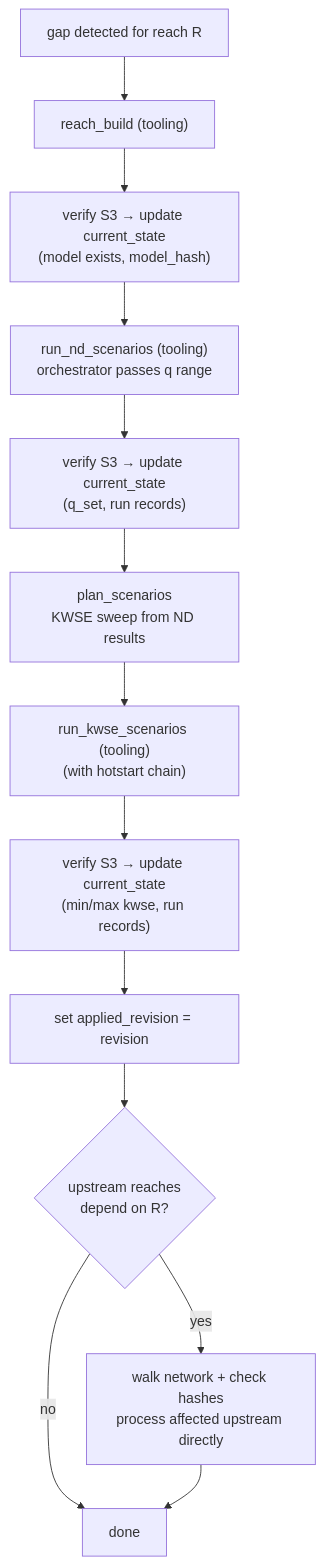
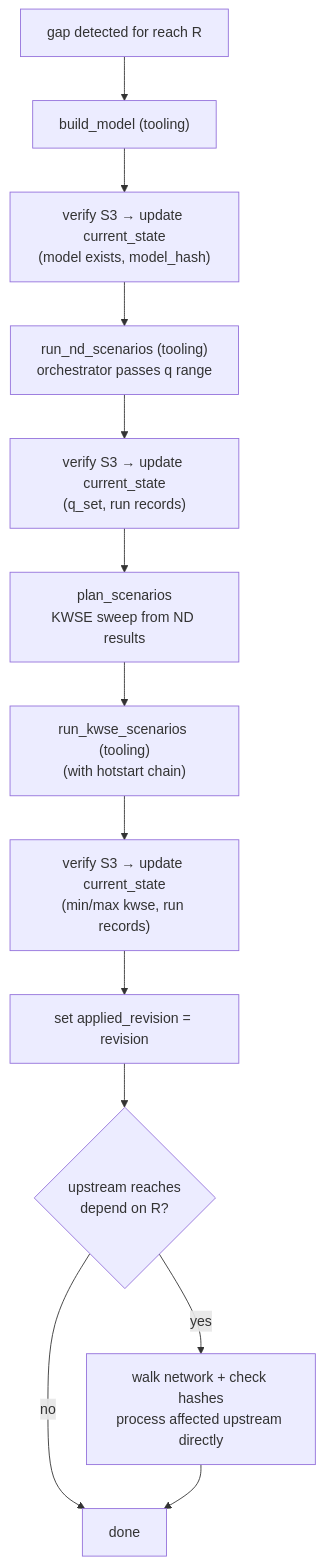
Before and after one commit to NOAA-OWP/twod-fim-knowledge-base: the first of 2 diagrams in system-design/orchestrator-design.md, drawn with Mermaid. The commit also changed other lines of this file and 3 other files, not shown here.

Commit message:
Reorganize system-design/ — fold DB schema into orchestrator-design, move triggers to root, remove specs/ (#58)

````diff
--- a/system-design/orchestrator-design.md
+++ b/system-design/orchestrator-design.md
@@ -7,15 +7,15 @@
 ```mermaid
 flowchart TD
-    Gap["gap detected for reach R"] --> Build["reach_build (tooling)"]
+    Gap["gap detected for reach R"] --> Build["build_model (tooling)"]
     Build --> UpBuild["verify S3 → update current_state<br/>(model exists, model_hash)"]
     UpBuild --> ND["run_nd_scenarios (tooling)<br/>orchestrator passes q range"]
     ND --> UpND["verify S3 → update current_state<br/>(q_set, run records)"]
     UpND --> Plan["plan_scenarios<br/>KWSE sweep from ND results"]
     Plan --> KWSE["run_kwse_scenarios (tooling)<br/>(with hotstart chain)"]
     KWSE --> UpKWSE["verify S3 → update current_state<br/>(min/max kwse, run records)"]
     UpKWSE --> Done["set applied_revision = revision"]
     Done --> Prop{"upstream reaches<br/>depend on R?"}
     Prop -- "yes" --> Cascade["walk network + check hashes<br/>process affected upstream directly"]
     Prop -- "no" --> Wait["done"]
     Cascade --> Wait
 ```
````
